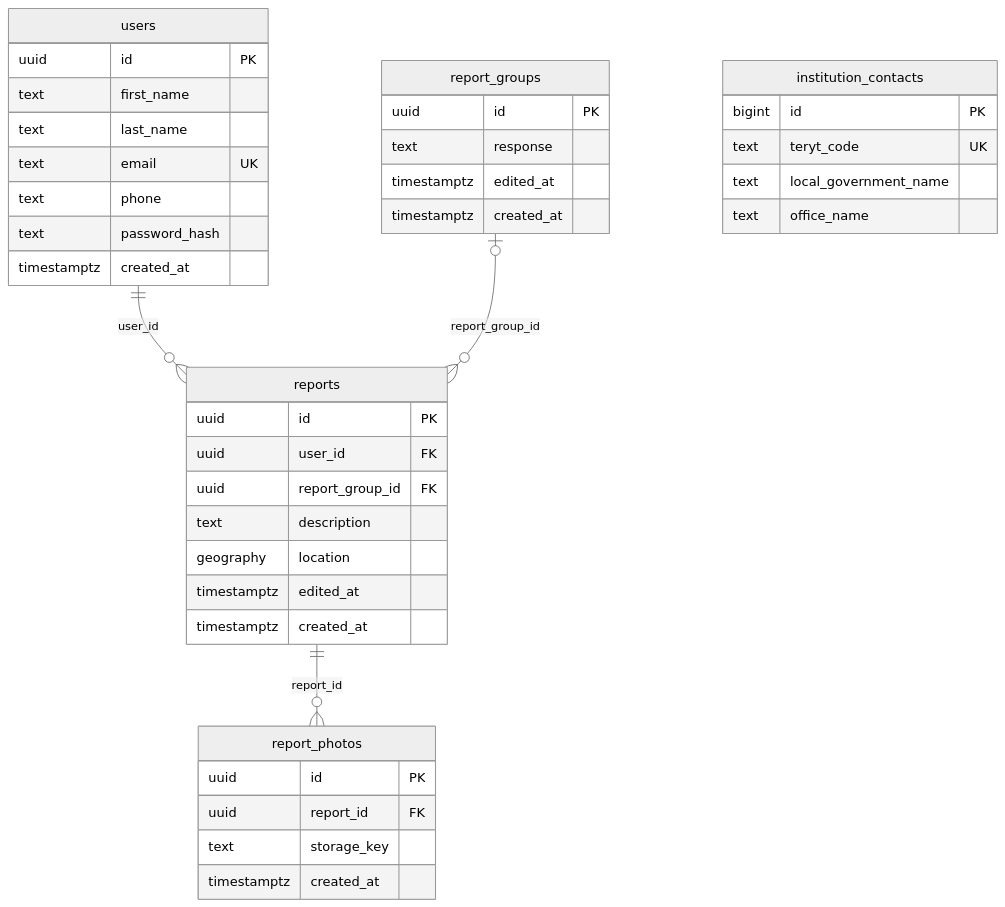
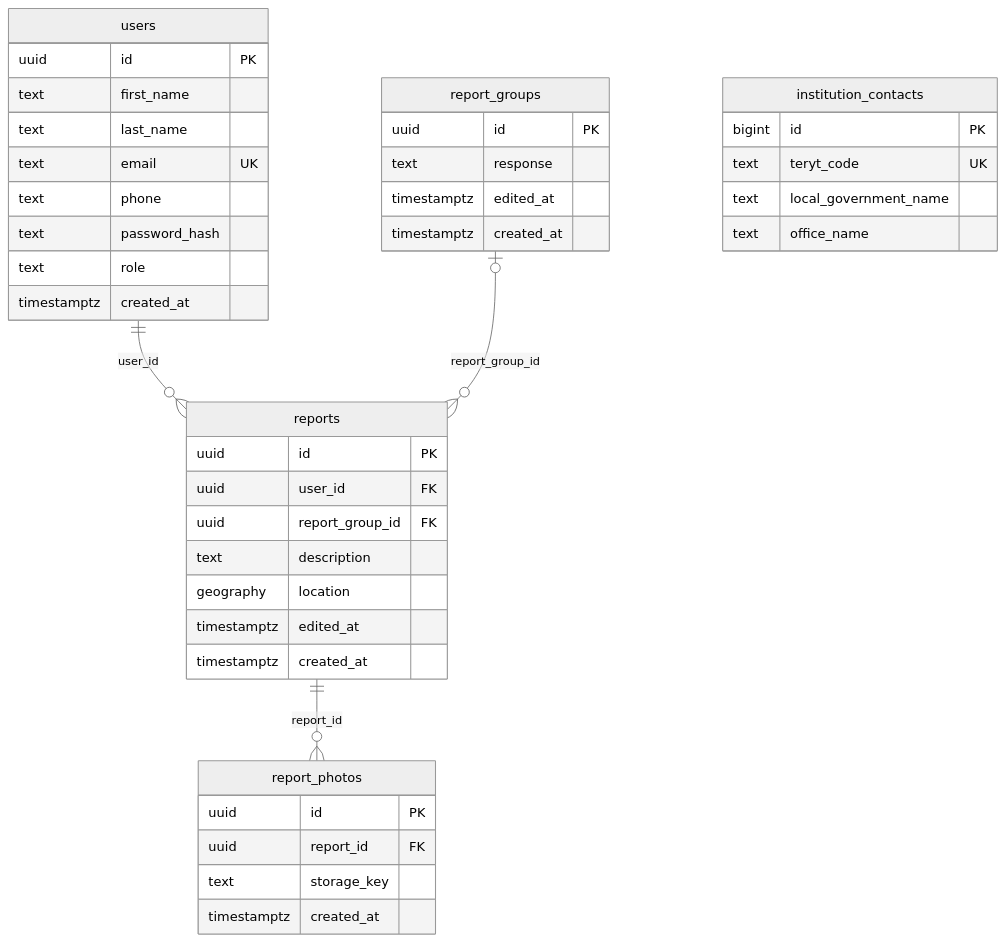
One commit to portugalskie-armatki-sniezne/eHackYeah2026 changed the diagram in apps/api/docs/data-model.md. Above: the diagram before and after it, drawn with Mermaid (neutral theme). The commit also changed other lines of this file and 16 other files, not shown here.

````diff
--- a/apps/api/docs/data-model.md
+++ b/apps/api/docs/data-model.md
@@ -7,43 +7,44 @@
 ```mermaid
 erDiagram
     users ||--o{ reports : "user_id"
     report_groups |o--o{ reports : "report_group_id"
     reports ||--o{ report_photos : "report_id"
 
     users {
         uuid id PK
         text first_name
         text last_name
         text email UK
         text phone
         text password_hash
+        text role
         timestamptz created_at
     }
     report_groups {
         uuid id PK
         text response
         timestamptz edited_at
         timestamptz created_at
     }
     reports {
         uuid id PK
         uuid user_id FK
         uuid report_group_id FK
         text description
         geography location
         timestamptz edited_at
         timestamptz created_at
     }
     report_photos {
         uuid id PK
         uuid report_id FK
         text storage_key
         timestamptz created_at
     }
     institution_contacts {
         bigint id PK
         text teryt_code UK
         text local_government_name
         text office_name
     }
 ```
````
